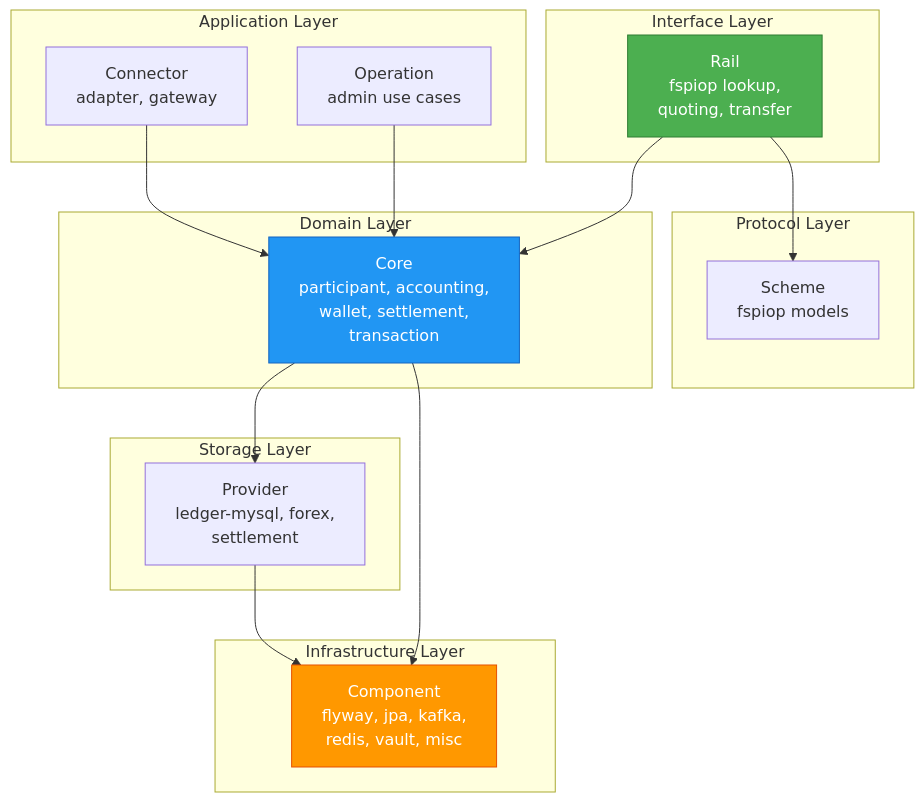
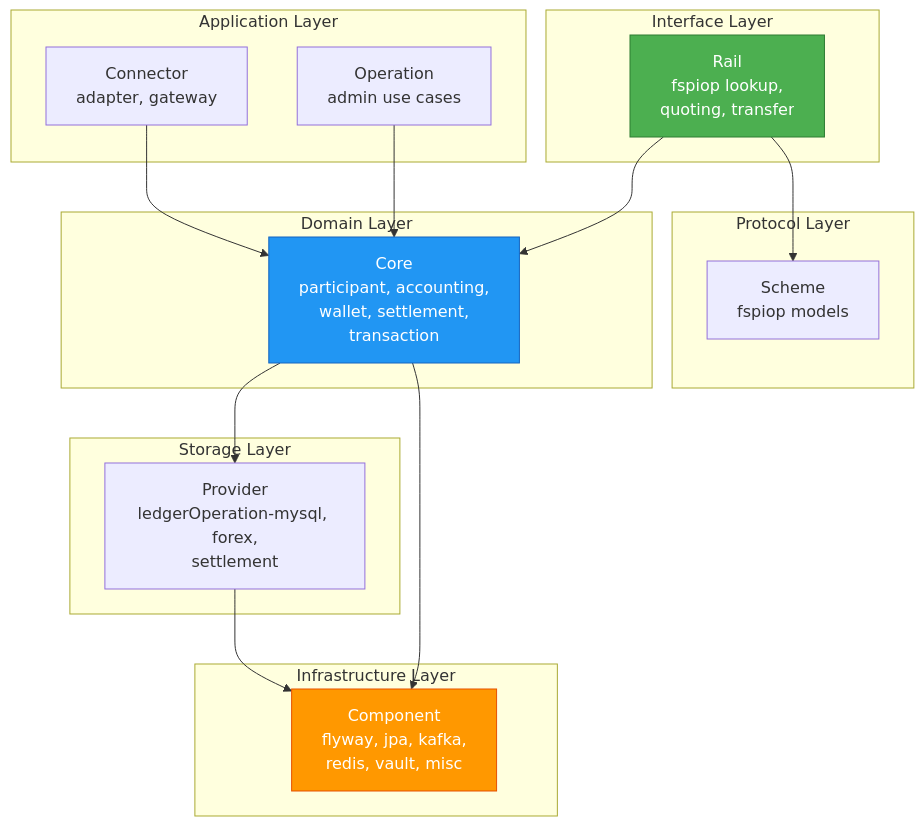
The diagram in docs/product/01-overview/mojave-introduction.md (aungthawaye/mojave), drawn with Mermaid before and after one commit. The commit also changed other lines of this file and 342 other files, not shown here.

````diff
--- a/docs/product/01-overview/mojave-introduction.md
+++ b/docs/product/01-overview/mojave-introduction.md
@@ -108,39 +108,39 @@
 ```mermaid
 graph TB
     subgraph "Infrastructure Layer"
         COMP[Component<br/>flyway, jpa, kafka,<br/>redis, vault, misc]
     end
 
     subgraph "Protocol Layer"
         SCHEME[Scheme<br/>fspiop models]
     end
 
     subgraph "Domain Layer"
         CORE[Core<br/>participant, accounting,<br/>wallet, settlement,<br/>transaction]
     end
 
     subgraph "Storage Layer"
-        PROVIDER[Provider<br/>ledger-mysql, forex,<br/>settlement]
+        PROVIDER[Provider<br/>ledgerOperation-mysql, forex,<br/>settlement]
     end
 
     subgraph "Application Layer"
         OPERATION[Operation<br/>admin use cases]
         CONNECTOR[Connector<br/>adapter, gateway]
     end
 
     subgraph "Interface Layer"
         RAIL[Rail<br/>fspiop lookup,<br/>quoting, transfer]
     end
 
     RAIL --> CORE
     RAIL --> SCHEME
     OPERATION --> CORE
     CONNECTOR --> CORE
     CORE --> PROVIDER
     CORE --> COMP
     PROVIDER --> COMP
 
     style CORE fill:#2196F3,stroke:#1565C0,color:#fff
     style RAIL fill:#4CAF50,stroke:#2E7D32,color:#fff
     style COMP fill:#FF9800,stroke:#E65100,color:#fff
 ```
````
